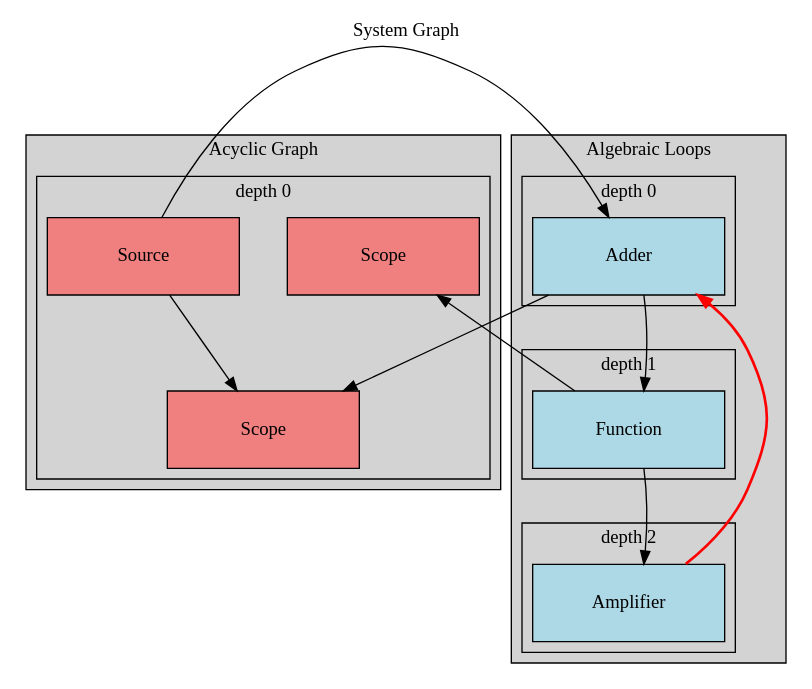
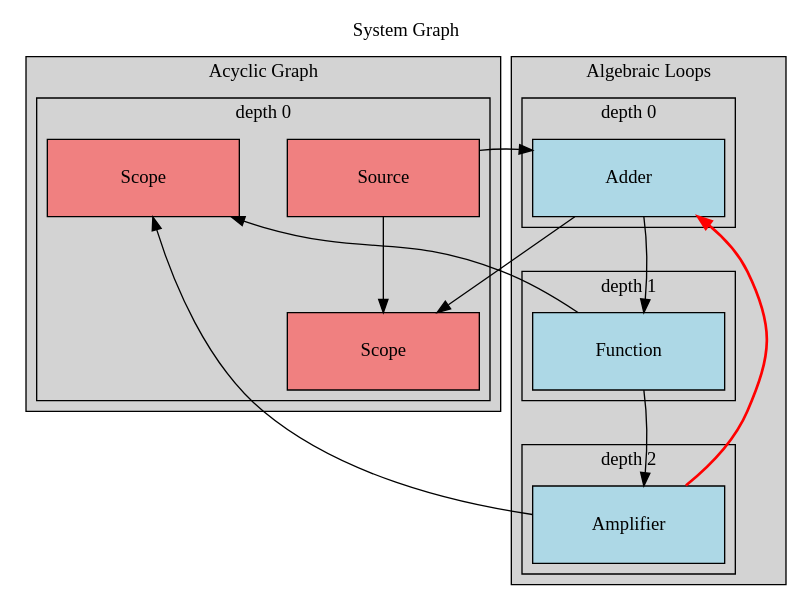
Before and after one commit to milanofthe/pathsim: the diagram in examples/example.dot, drawn with Graphviz. The commit also changed 7 other files, not shown here.

Commit message:
refactored Graph to have deterministic graph traversal, adjusted Simulation and Subsystem

```diff
--- a/examples/example.dot
+++ b/examples/example.dot
@@ -1,51 +1,52 @@
 digraph "System Graph" {
   rankdir=TB;
   node [shape=box, style=filled, fixedsize=true, width=2, height=0.8];
   label="System Graph";
   labelloc=t;
   ranksep=1.0;
   nodesep=0.5;
   subgraph cluster_dag {
     label="Acyclic Graph";
     style=filled;
     fillcolor=lightgray;
     subgraph cluster_dag_0 {
       rank=same;
       label="depth 0";
-      n2038916749296 [label="Source", fillcolor=lightcoral];
-      n2039761235856 [label="Scope", fillcolor=lightcoral];
-      n2039761721040 [label="Scope", fillcolor=lightcoral];
+      n2339689912304 [label="Source", fillcolor=lightcoral];
+      n2340534857616 [label="Scope", fillcolor=lightcoral];
+      n2340535326416 [label="Scope", fillcolor=lightcoral];
     }
   }
   subgraph cluster_loops {
     label="Algebraic Loops";
     style=filled;
     fillcolor=lightgray;
     subgraph cluster_loop_0 {
       rank=same;
       label="depth 0";
-      n2039761235520 [label="Adder", fillcolor=lightblue];
+      n2340534857280 [label="Adder", fillcolor=lightblue];
     }
     subgraph cluster_loop_1 {
       rank=same;
       label="depth 1";
-      n2038918092112 [label="Function", fillcolor=lightblue];
+      n2339691238736 [label="Function", fillcolor=lightblue];
     }
     subgraph cluster_loop_2 {
       rank=same;
       label="depth 2";
-      n2039761235184 [label="Amplifier", fillcolor=lightblue];
+      n2340534856944 [label="Amplifier", fillcolor=lightblue];
     }
   }
   // Invisible edges to align depths
-  n2038916749296 -> n2039761235520 [style=invis];
-  n2039761235520 -> n2038918092112 [style=invis];
-  n2038918092112 -> n2039761235184 [style=invis];
-  n2038916749296 -> n2039761235520 [color=black];
-  n2038916749296 -> n2039761235856 [color=black];
-  n2039761235520 -> n2038918092112 [color=black];
-  n2039761235520 -> n2039761235856 [color=black];
-  n2038918092112 -> n2039761235184 [color=black];
-  n2038918092112 -> n2039761721040 [color=black];
-  n2039761235184 -> n2039761235520 [color=red, penwidth=2];
+  n2339689912304 -> n2340534857280 [style=invis];
+  n2340534857280 -> n2339691238736 [style=invis];
+  n2339691238736 -> n2340534856944 [style=invis];
+  n2339689912304 -> n2340534857280 [color=black];
+  n2339689912304 -> n2340534857616 [color=black];
+  n2340534857280 -> n2339691238736 [color=black];
+  n2340534857280 -> n2340534857616 [color=black];
+  n2339691238736 -> n2340535326416 [color=black];
+  n2339691238736 -> n2340534856944 [color=black];
+  n2340534856944 -> n2340535326416 [color=black];
+  n2340534856944 -> n2340534857280 [color=red, penwidth=2];
 }
```
